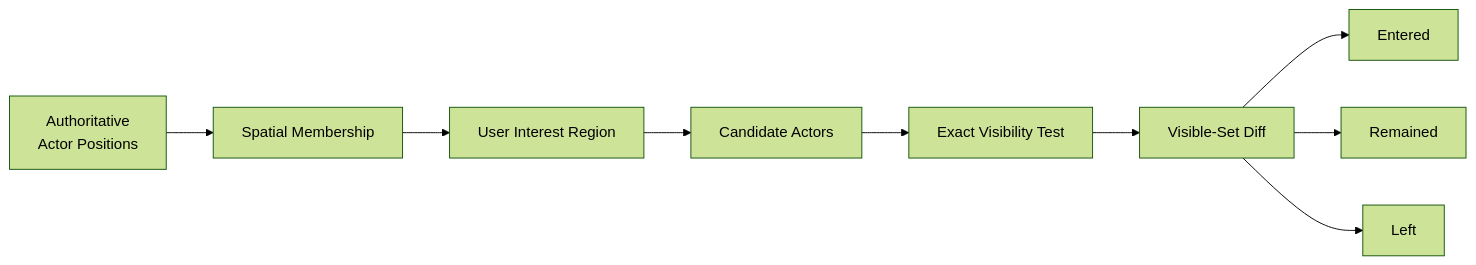
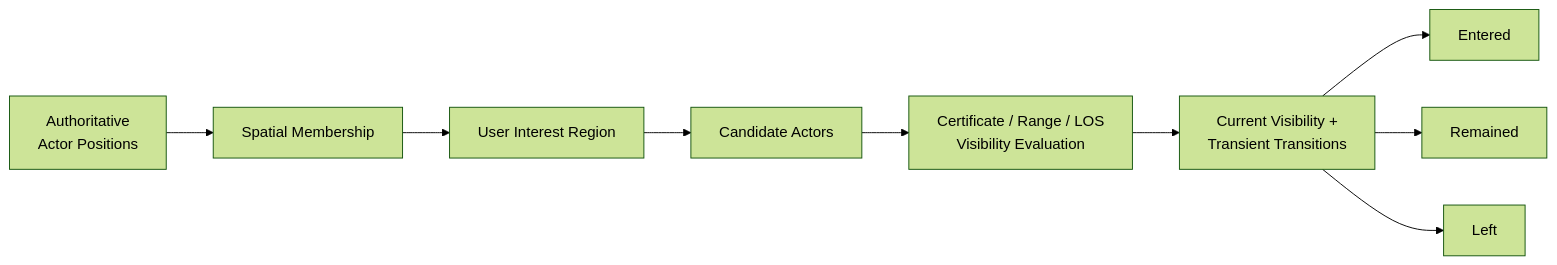
One commit to akxotjr/akxotjr.github.io changed the first of 5 diagrams in content/Projects/Jam/Game World/04. Area of Interest Management.md. Above: the diagram before and after it, drawn with Mermaid (forest theme). The commit also changed other lines of this file and 34 other files, not shown here.

````diff
--- a/content/Projects/Jam/Game World/04. Area of Interest Management.md
+++ b/content/Projects/Jam/Game World/04. Area of Interest Management.md
@@ -12,14 +12,14 @@
 ```mermaid
 
 flowchart LR
     Position["Authoritative<br/>Actor Positions"] --> 
     Spatial["Spatial Membership"] --> 
     Region["User Interest Region"] --> 
     Candidates["Candidate Actors"] --> 
-    Test["Exact Visibility Test"] --> 
-    Diff["Visible-Set Diff"]
+    Test["Certificate / Range / LOS<br/>Visibility Evaluation"] --> 
+    Diff["Current Visibility +<br/>Transient Transitions"]
 
     Diff --> Entered["Entered"]
     Diff --> Remained["Remained"]
     Diff --> Left["Left"]
 ```
````
